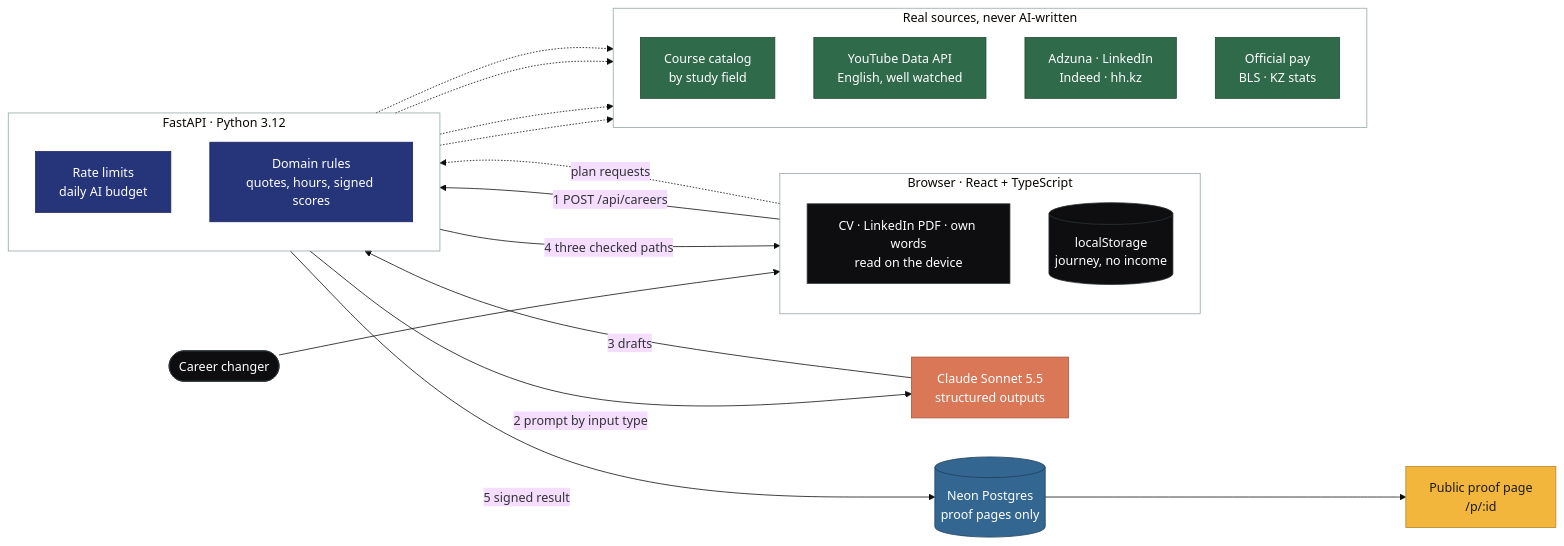
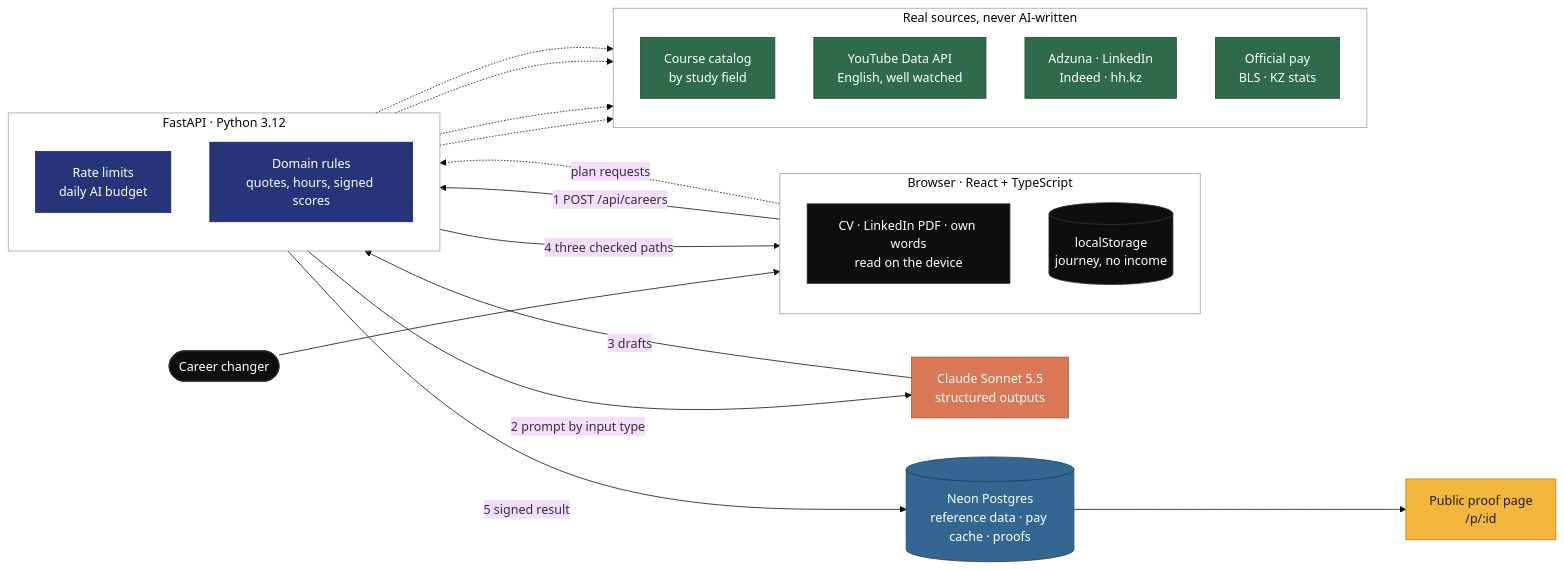
Before and after one commit to Bridge-developers-team/bridge-sim: the diagram in README.md, drawn with Mermaid (base theme). The commit also changed other lines of this file and 67 other files, not shown here.

````diff
--- a/README.md
+++ b/README.md
@@ -37,60 +37,60 @@
 ```mermaid
 flowchart LR
     USER(["Career changer"])
 
     subgraph WEB["Browser · React + TypeScript"]
         direction TB
         INPUT["CV · LinkedIn PDF · own words<br>read on the device"]
         STORE[("localStorage<br>journey, no income")]
     end
 
     subgraph API["FastAPI · Python 3.12"]
         direction TB
         LIMITS["Rate limits<br>daily AI budget"]
         RULES["Domain rules<br>quotes, hours, signed scores"]
     end
 
     CLAUDE["Claude Sonnet 5.5<br>structured outputs"]
 
     subgraph DATA["Real sources, never AI-written"]
         direction TB
         COURSES["Course catalog<br>by study field"]
         YT["YouTube Data API<br>English, well watched"]
         JOBS["Adzuna · LinkedIn<br>Indeed · hh.kz"]
         PAY["Official pay<br>BLS · KZ stats"]
     end
 
-    PG[("Neon Postgres<br>proof pages only")]
+    PG[("Neon Postgres<br>reference data · pay cache · proofs")]
     PROOF["Public proof page<br>/p/:id"]
 
     USER --> INPUT
     INPUT -->|"1 POST /api/careers"| LIMITS
     LIMITS -->|"2 prompt by input type"| CLAUDE
     CLAUDE -->|"3 drafts"| RULES
     RULES -->|"4 three checked paths"| STORE
     STORE -.->|"plan requests"| LIMITS
     LIMITS -.-> COURSES
     LIMITS -.-> YT
     LIMITS -.-> JOBS
     LIMITS -.-> PAY
     RULES -->|"5 signed result"| PG
     PG --> PROOF
 
     classDef client fill:#0E0E10,stroke:#2D3436,color:#FFFFFF
     classDef api fill:#26357A,stroke:#1B2560,color:#FFFFFF
     classDef ai fill:#D97757,stroke:#A4533A,color:#FFFFFF
     classDef data fill:#2F6B4A,stroke:#1E4630,color:#FFFFFF
     classDef db fill:#336791,stroke:#1E3F5A,color:#FFFFFF
     classDef proof fill:#F2B63D,stroke:#B5832A,color:#1B1B1F
 
     class USER,INPUT,STORE client
     class LIMITS,RULES api
     class CLAUDE ai
     class COURSES,YT,JOBS,PAY data
     class PG db
     class PROOF proof
 
     style WEB fill:none,stroke:#95A5A6,stroke-width:1px
     style API fill:none,stroke:#95A5A6,stroke-width:1px
     style DATA fill:none,stroke:#95A5A6,stroke-width:1px
 ```
````
